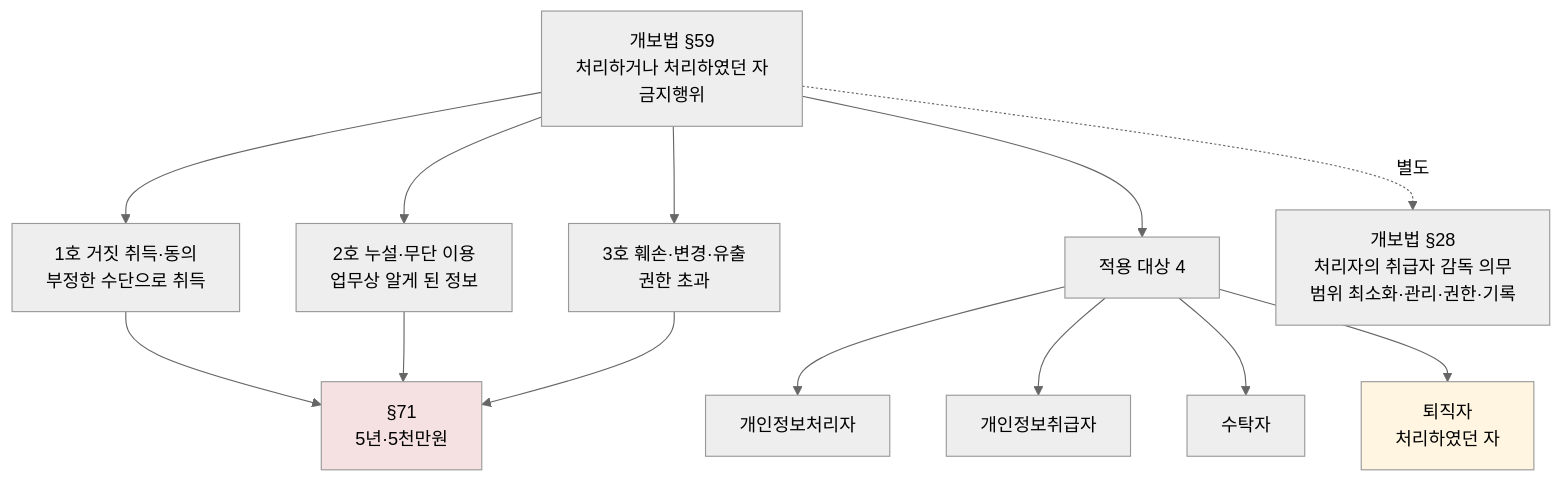
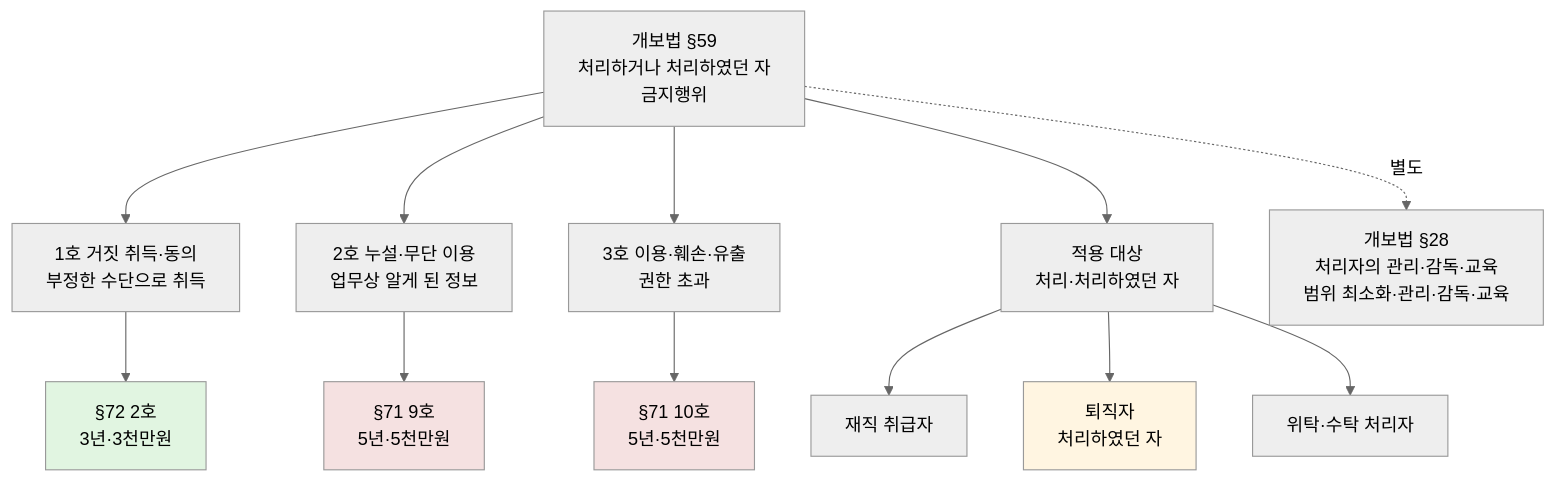
One commit to ianrang/cs-study changed the fourth of 5 diagrams in cs/information-security/study/05.management-and-law/06.security-ethics.md. Above: the diagram before and after it, drawn with Mermaid (neutral theme). The commit also changed other lines of this file and 1 other file, not shown here.

````diff
--- a/cs/information-security/study/05.management-and-law/06.security-ethics.md
+++ b/cs/information-security/study/05.management-and-law/06.security-ethics.md
@@ -586,23 +615,24 @@
 ```mermaid
 graph TD
   ROOT[개보법 §59<br/>처리하거나 처리하였던 자<br/>금지행위]
 
   ROOT --> A1[1호 거짓 취득·동의<br/>부정한 수단으로 취득]
   ROOT --> A2[2호 누설·무단 이용<br/>업무상 알게 된 정보]
-  ROOT --> A3[3호 훼손·변경·유출<br/>권한 초과]
+  ROOT --> A3[3호 이용·훼손·유출<br/>권한 초과]
 
-  A1 --> P[§71<br/>5년·5천만원]
-  A2 --> P
-  A3 --> P
+  A1 --> P1[§72 2호<br/>3년·3천만원]
+  A2 --> P2[§71 9호<br/>5년·5천만원]
+  A3 --> P3[§71 10호<br/>5년·5천만원]
 
-  ROOT --> SUB[적용 대상 4]
-  SUB --> S1[개인정보처리자]
-  SUB --> S2[개인정보취급자]
-  SUB --> S3[수탁자]
-  SUB --> S4[퇴직자<br/>처리하였던 자]
+  ROOT --> SUB[적용 대상<br/>처리·처리하였던 자]
+  SUB --> S1[재직 취급자]
+  SUB --> S2[퇴직자<br/>처리하였던 자]
+  SUB --> S3[위탁·수탁 처리자]
 
-  ROOT -.별도.-> B[개보법 §28<br/>처리자의 취급자 감독 의무<br/>범위 최소화·관리·권한·기록]
+  ROOT -.별도.-> B[개보법 §28<br/>처리자의 관리·감독·교육<br/>범위 최소화·관리·감독·교육]
 
-  style S4 fill:#fff5e1
-  style P fill:#f5e1e1
+  style S2 fill:#fff5e1
+  style P1 fill:#e1f5e1
+  style P2 fill:#f5e1e1
+  style P3 fill:#f5e1e1
 ```
````
